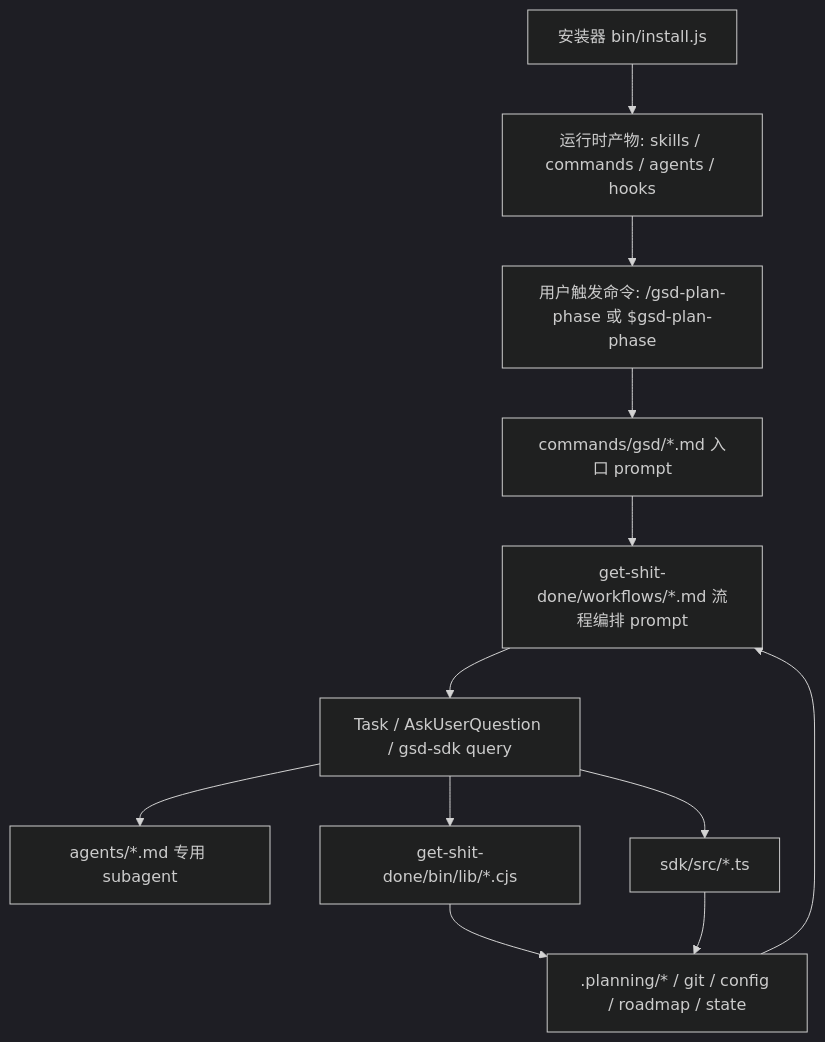
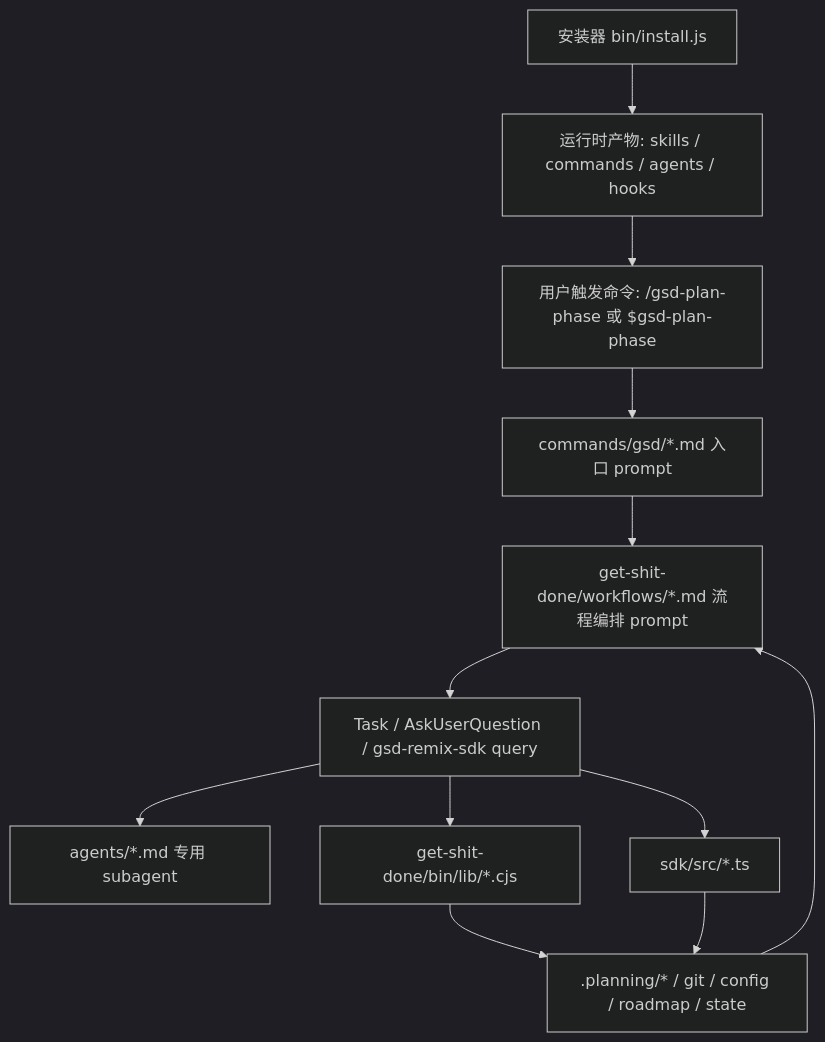
The second of 2 diagrams in guide/01-system-overview.md (Wynne-cwb/gsd-remix), drawn with Mermaid (dark theme) before and after one commit. The commit also changed other lines of this file and 177 other files, not shown here.

Commit message:
feat: isolate remix sdk namespace

````diff
--- a/guide/01-system-overview.md
+++ b/guide/01-system-overview.md
@@ -107,14 +107,14 @@
 ```mermaid
 flowchart TD
     A["安装器 bin/install.js"] --> B["运行时产物: skills / commands / agents / hooks"]
     B --> C["用户触发命令: /gsd-plan-phase 或 $gsd-plan-phase"]
     C --> D["commands/gsd/*.md 入口 prompt"]
     D --> E["get-shit-done/workflows/*.md 流程编排 prompt"]
-    E --> F["Task / AskUserQuestion / gsd-sdk query"]
+    E --> F["Task / AskUserQuestion / gsd-remix-sdk query"]
     F --> G["agents/*.md 专用 subagent"]
     F --> H["get-shit-done/bin/lib/*.cjs"]
     F --> I["sdk/src/*.ts"]
     H --> J[".planning/* / git / config / roadmap / state"]
     I --> J
     J --> E
 ```
````
